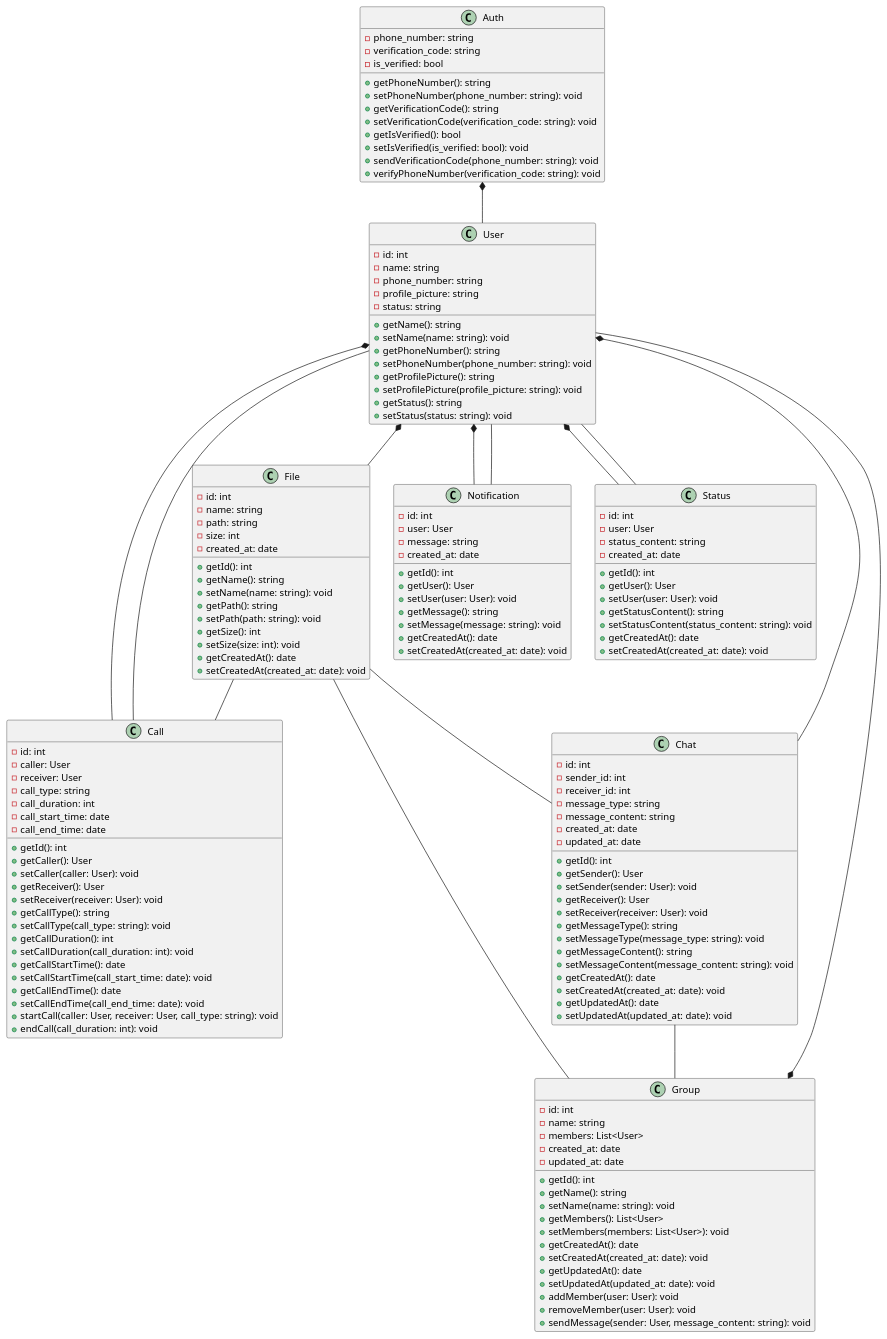
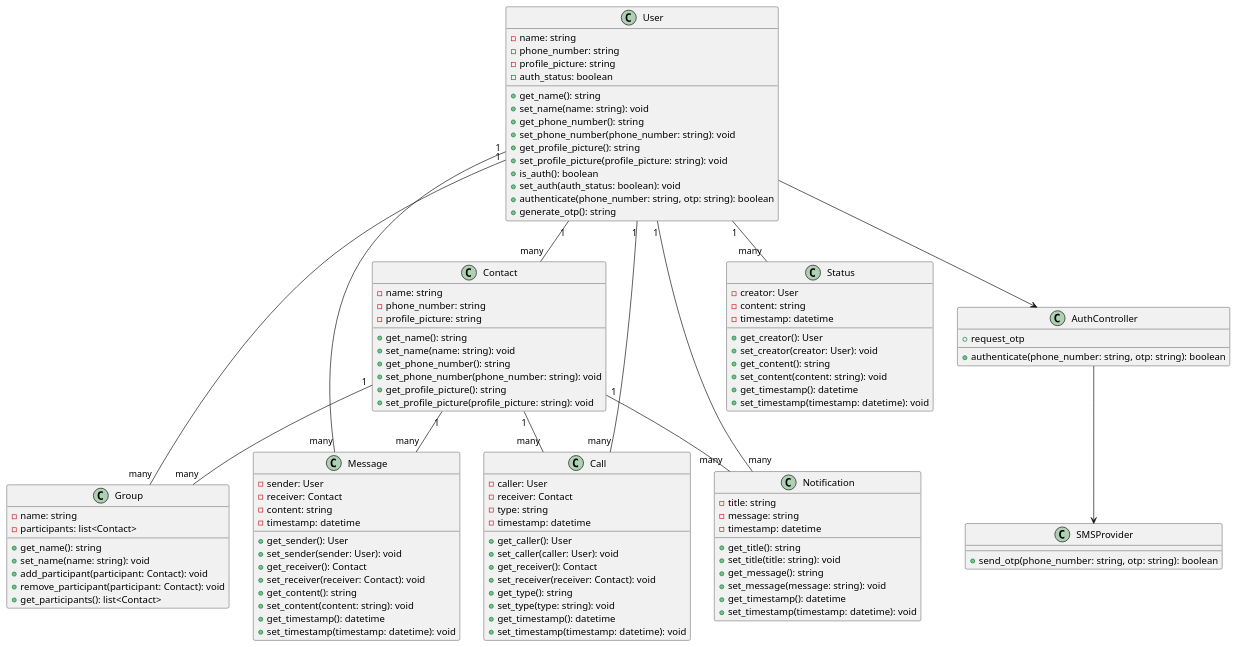
One commit to fikiap23/chatbro changed the diagram in diagram_class.plantuml. Above: the diagram before and after it, drawn with PlantUML. The commit also changed 1 other file, not shown here.

```diff
--- a/diagram_class.plantuml
+++ b/diagram_class.plantuml
@@ -1,167 +1,120 @@
 @startuml
 
 class User {
-    -id: int
-    -name: string
-    -phone_number: string
-    -profile_picture: string
-    -status: string
-    +getName(): string
-    +setName(name: string): void
-    +getPhoneNumber(): string
-    +setPhoneNumber(phone_number: string): void
-    +getProfilePicture(): string
-    +setProfilePicture(profile_picture: string): void
-    +getStatus(): string
-    +setStatus(status: string): void
+    - name: string
+    - phone_number: string
+    - profile_picture: string
+    - auth_status: boolean
+    + get_name(): string
+    + set_name(name: string): void
+    + get_phone_number(): string
+    + set_phone_number(phone_number: string): void
+    + get_profile_picture(): string
+    + set_profile_picture(profile_picture: string): void
+    + is_auth(): boolean
+    + set_auth(auth_status: boolean): void
+    + authenticate(phone_number: string, otp: string): boolean
+    + generate_otp(): string
 }
 
-class Chat {
-    -id: int
-    -sender_id: int
-    -receiver_id: int
-    -message_type: string
-    -message_content: string
-    -created_at: date
-    -updated_at: date
-    +getId(): int
-    +getSender(): User
-    +setSender(sender: User): void
-    +getReceiver(): User
-    +setReceiver(receiver: User): void
-    +getMessageType(): string
-    +setMessageType(message_type: string): void
-    +getMessageContent(): string
-    +setMessageContent(message_content: string): void
-    +getCreatedAt(): date
-    +setCreatedAt(created_at: date): void
-    +getUpdatedAt(): date
-    +setUpdatedAt(updated_at: date): void
+class Contact {
+    - name: string
+    - phone_number: string
+    - profile_picture: string
+    + get_name(): string
+    + set_name(name: string): void
+    + get_phone_number(): string
+    + set_phone_number(phone_number: string): void
+    + get_profile_picture(): string
+    + set_profile_picture(profile_picture: string): void
 }
 
 class Group {
-    -id: int
-    -name: string
-    -members: List<User>
-    -created_at: date
-    -updated_at: date
-    +getId(): int
-    +getName(): string
-    +setName(name: string): void
-    +getMembers(): List<User>
-    +setMembers(members: List<User>): void
-    +getCreatedAt(): date
-    +setCreatedAt(created_at: date): void
-    +getUpdatedAt(): date
-    +setUpdatedAt(updated_at: date): void
-    +addMember(user: User): void
-    +removeMember(user: User): void
-    +sendMessage(sender: User, message_content: string): void
+    - name: string
+    - participants: list<Contact>
+    + get_name(): string
+    + set_name(name: string): void
+    + add_participant(participant: Contact): void
+    + remove_participant(participant: Contact): void
+    + get_participants(): list<Contact>
+}
+
+class Message {
+    - sender: User
+    - receiver: Contact
+    - content: string
+    - timestamp: datetime
+    + get_sender(): User
+    + set_sender(sender: User): void
+    + get_receiver(): Contact
+    + set_receiver(receiver: Contact): void
+    + get_content(): string
+    + set_content(content: string): void
+    + get_timestamp(): datetime
+    + set_timestamp(timestamp: datetime): void
 }
 
 class Call {
-    -id: int
-    -caller: User
-    -receiver: User
-    -call_type: string
-    -call_duration: int
-    -call_start_time: date
-    -call_end_time: date
-    +getId(): int
-    +getCaller(): User
-    +setCaller(caller: User): void
-    +getReceiver(): User
-    +setReceiver(receiver: User): void
-    +getCallType(): string
-    +setCallType(call_type: string): void
-    +getCallDuration(): int
-    +setCallDuration(call_duration: int): void
-    +getCallStartTime(): date
-    +setCallStartTime(call_start_time: date): void
-    +getCallEndTime(): date
-    +setCallEndTime(call_end_time: date): void
-    +startCall(caller: User, receiver: User, call_type: string): void
-    +endCall(call_duration: int): void
+    - caller: User
+    - receiver: Contact
+    - type: string
+    - timestamp: datetime
+    + get_caller(): User
+    + set_caller(caller: User): void
+    + get_receiver(): Contact
+    + set_receiver(receiver: Contact): void
+    + get_type(): string
+    + set_type(type: string): void
+    + get_timestamp(): datetime
+    + set_timestamp(timestamp: datetime): void
 }
 
 class Notification {
-    -id: int
-    -user: User
-    -message: string
-    -created_at: date
-    +getId(): int
-    +getUser(): User
-    +setUser(user: User): void
-    +getMessage(): string
-    +setMessage(message: string): void
-    +getCreatedAt(): date
-    +setCreatedAt(created_at: date): void
+    - title: string
+    - message: string
+    - timestamp: datetime
+    + get_title(): string
+    + set_title(title: string): void
+    + get_message(): string
+    + set_message(message: string): void
+    + get_timestamp(): datetime
+    + set_timestamp(timestamp: datetime): void
 }
 
 class Status {
-    -id: int
-    -user: User
-    -status_content: string
-    -created_at: date
-    +getId(): int
-    +getUser(): User
-    +setUser(user: User): void
-    +getStatusContent(): string
-    +setStatusContent(status_content: string): void
-    +getCreatedAt(): date
-    +setCreatedAt(created_at: date): void
+    - creator: User
+    - content: string
+    - timestamp: datetime
+    + get_creator(): User
+    + set_creator(creator: User): void
+    + get_content(): string
+    + set_content(content: string): void
+    + get_timestamp(): datetime
+    + set_timestamp(timestamp: datetime): void
 }
 
-class File {
-    -id: int
-    -name: string
-    -path: string
-    -size: int
-    -created_at: date
-    +getId(): int
-    +getName(): string
-    +setName(name: string): void
-    +getPath(): string
-    +setPath(path: string): void
-    +getSize(): int
-    +setSize(size: int): void
-    +getCreatedAt(): date
-    +setCreatedAt(created_at: date): void
+User "1" -- "many" Contact
+User "1" -- "many" Group
+Contact "1" -- "many" Group
+User "1" -- "many" Message
+Contact "1" -- "many" Message
+User "1" -- "many" Call
+Contact "1" -- "many" Call
+User "1" -- "many" Notification
+Contact "1" -- "many" Notification
+User "1" -- "many" Status
+
+User --> AuthController
+
+class AuthController {
+    + request_otp
+    + authenticate(phone_number: string, otp: string): boolean
 }
 
-class Auth {
-    -phone_number: string
-    -verification_code: string
-    -is_verified: bool
-    +getPhoneNumber(): string
-    +setPhoneNumber(phone_number: string): void
-    +getVerificationCode(): string
-    +setVerificationCode(verification_code: string): void
-    +getIsVerified(): bool
-    +setIsVerified(is_verified: bool): void
-    +sendVerificationCode(phone_number: string): void
-    +verifyPhoneNumber(verification_code: string): void
+AuthController --> SMSProvider
+
+class SMSProvider {
+    + send_otp(phone_number: string, otp: string): boolean
 }
 
-
-Auth *-- User
-User *-- Chat
-User *-- Call
-User *-- Notification
-User *-- Status
-User *-- File
-
-Chat -- Group
-Group *-- User
-
-Call -- User
-
-Notification -- User
-
-Status -- User
-
-File -- Chat
-File -- Group
-File -- Call
-
 @enduml
```
